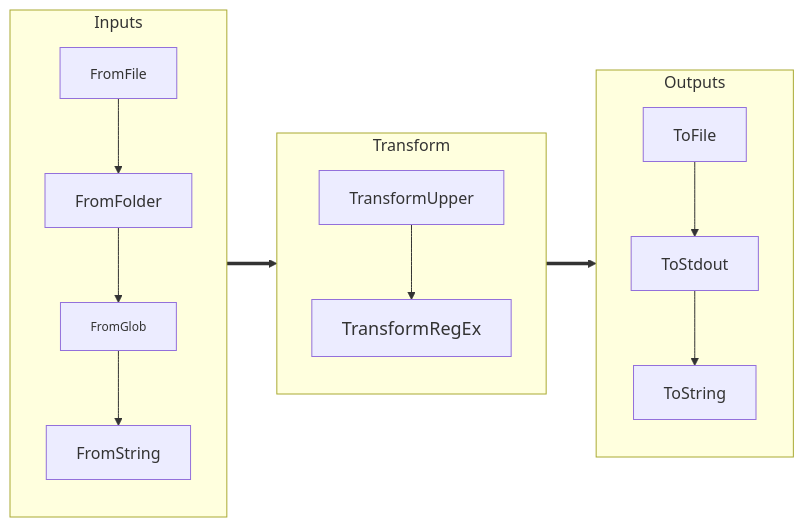
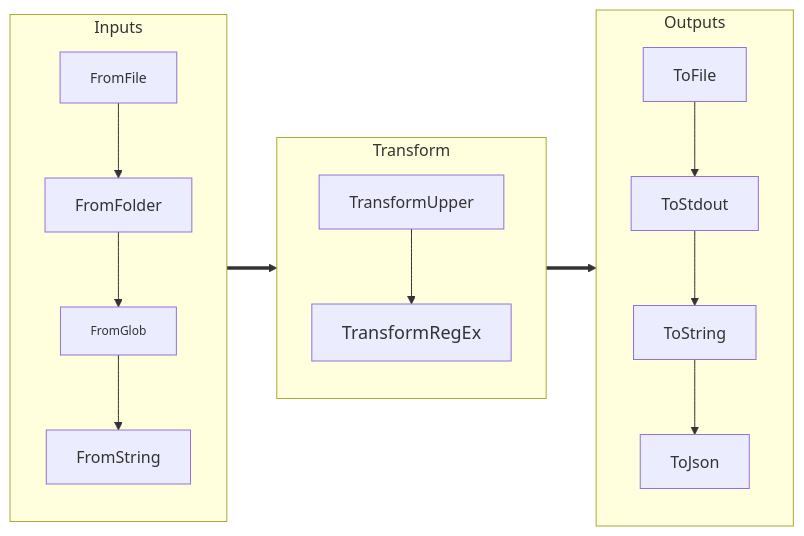
One commit to hucker/pipethis changed the diagram in README.md. Above: the diagram before and after it, drawn with Mermaid. The commit also changed other lines of this file and 3 other files, not shown here.

````diff
--- a/README.md
+++ b/README.md
@@ -30,38 +30,39 @@
 ```mermaid
 graph LR
     subgraph Inputs
         direction TB
         A[FromFile]
         B[FromFolder]
         C[FromGlob]
         D[FromString]
         A --> B --> C --> D
     end
 
     subgraph Transform
         direction TB
         E[TransformUpper]
         F[TransformRegEx]
         E --> F
     end
 
     Inputs ==> Transform
 
     subgraph Outputs
         direction TB
         G[ToFile]
         H[ToStdout]
         I[ToString]
-        G --> H --> I
+        J[ToJson]
+        G --> H --> I --> J
     end
 
     Transform ==> Outputs
 
     %% Style Definitions
     style A font-size:14px
     style B font-size:16px
     style C font-size:12px
     classDef generalFontSize font-size:18px
     class F generalFontSize
 
 ```
````
